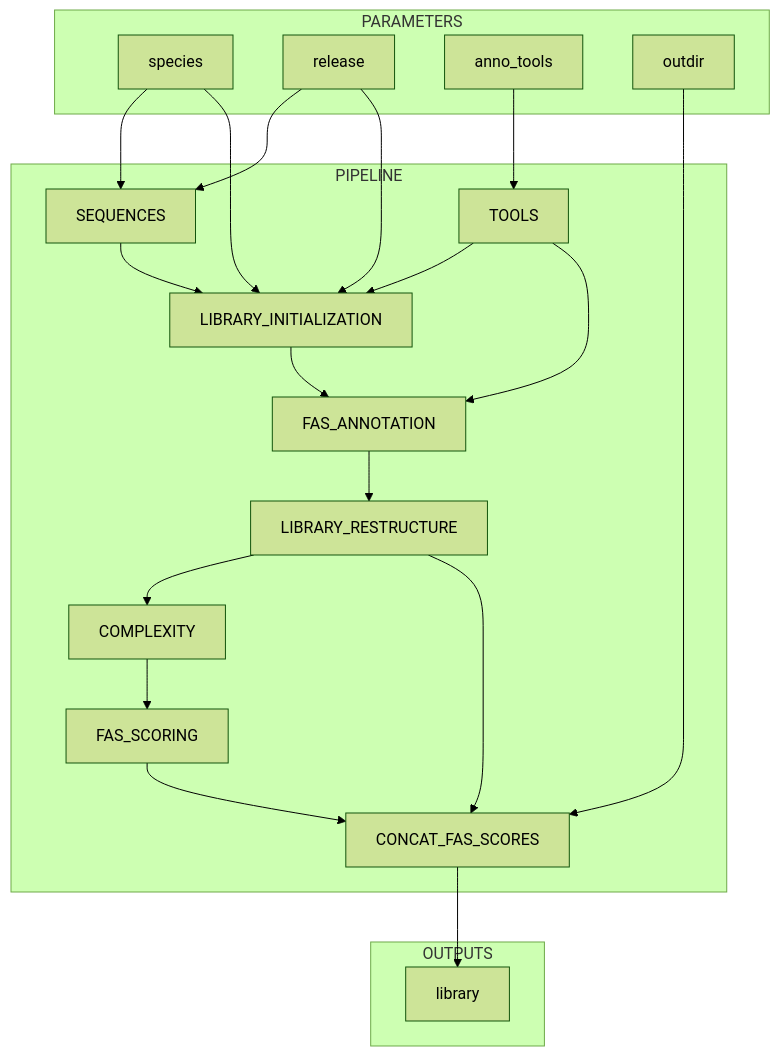
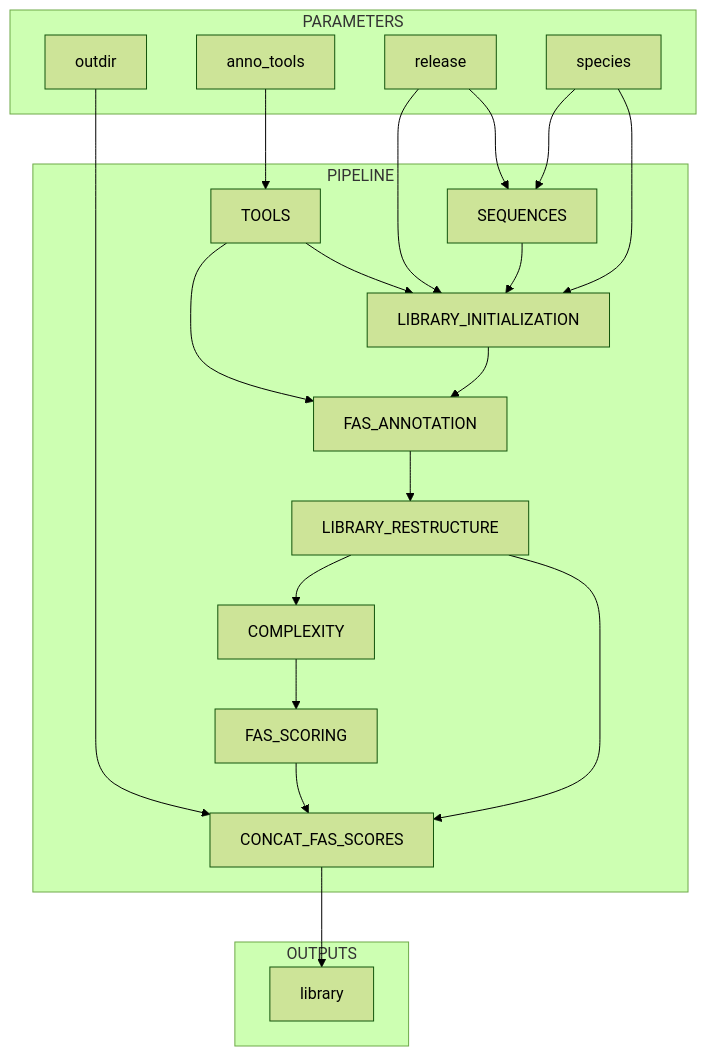
Before and after one commit to felixhaidle/spice-nf: the diagram in README.md, drawn with Mermaid (forest theme).

Commit message:
re-ordered graph in readme

````diff
--- a/README.md
+++ b/README.md
@@ -13,54 +13,54 @@
 ```mermaid
 flowchart TB
     %% Parameters %%
     subgraph PARAMETERS
-        species[species]
-        release[release]
-        anno_tools[anno_tools]
-        outdir[outdir]
+    outdir[outdir]
+    anno_tools[anno_tools]
+    release[release]
+    species[species]
     end
 
     %% Processes %%
     subgraph PIPELINE
         SEQUENCES[SEQUENCES]
         TOOLS[TOOLS]
         LIBRARY_INITIALIZATION[LIBRARY_INITIALIZATION]
         FAS_ANNOTATION[FAS_ANNOTATION]
         LIBRARY_RESTRUCTURE[LIBRARY_RESTRUCTURE]
         FAS_SCORING[FAS_SCORING]
         CONCAT_FAS_SCORES[CONCAT_FAS_SCORES]
         COMPLEXITY[COMPLEXITY]
     end
 
     %% Outputs %%
     subgraph OUTPUTS
         library[library]
     end
 
     %% Connections %%
     species --> SEQUENCES
-    release --> SEQUENCES
     SEQUENCES --> LIBRARY_INITIALIZATION
 
     species --> LIBRARY_INITIALIZATION
     release --> LIBRARY_INITIALIZATION
+    release --> SEQUENCES
 
     anno_tools --> TOOLS
 
+    TOOLS --> FAS_ANNOTATION
     TOOLS --> LIBRARY_INITIALIZATION
-    TOOLS --> FAS_ANNOTATION
 
     LIBRARY_INITIALIZATION --> FAS_ANNOTATION
     FAS_ANNOTATION --> LIBRARY_RESTRUCTURE
 
     LIBRARY_RESTRUCTURE --> COMPLEXITY
     LIBRARY_RESTRUCTURE --> CONCAT_FAS_SCORES
 
 
     COMPLEXITY --> FAS_SCORING
 
     FAS_SCORING --> CONCAT_FAS_SCORES
     outdir --> CONCAT_FAS_SCORES
 
     CONCAT_FAS_SCORES --> library
 ```
````
